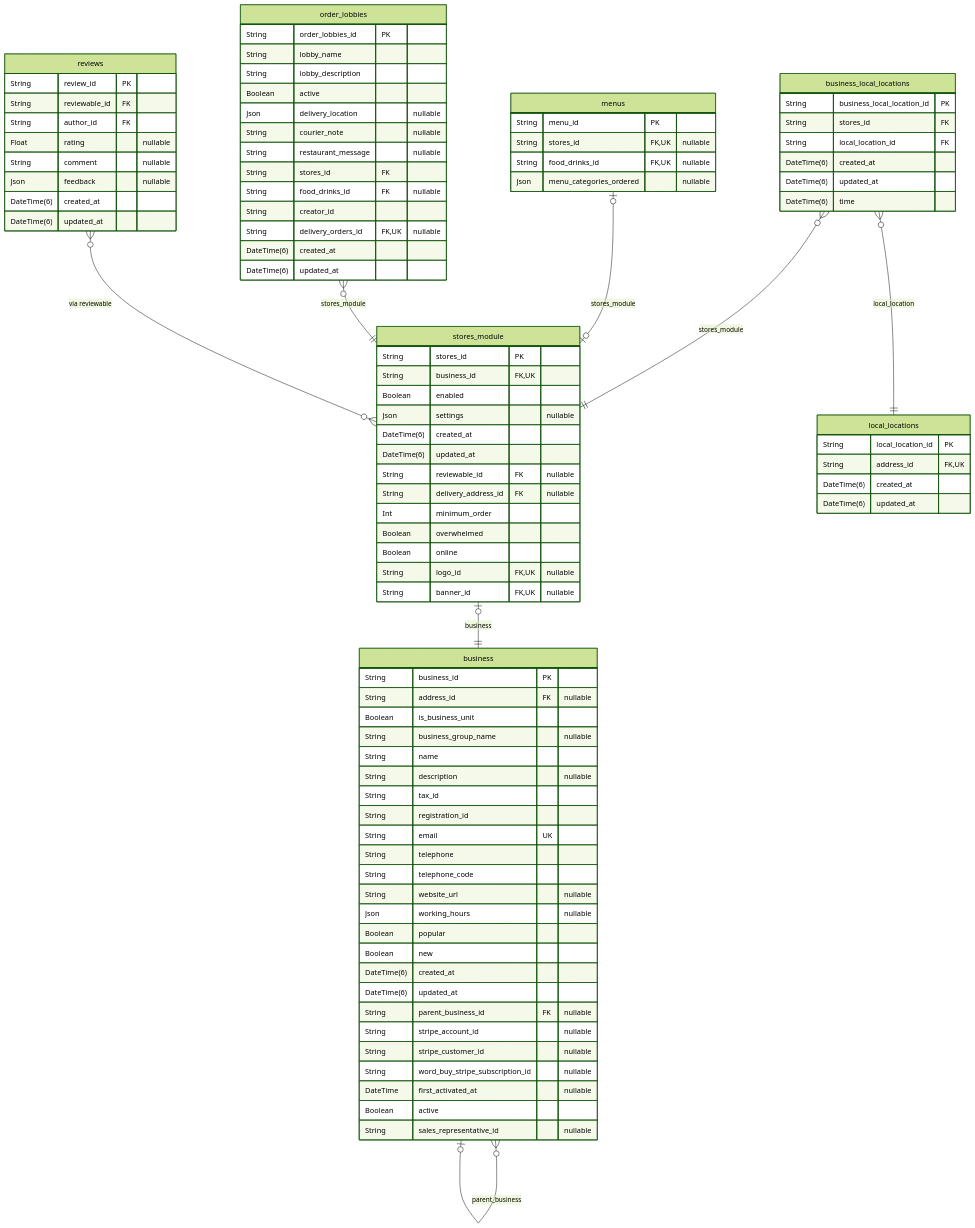
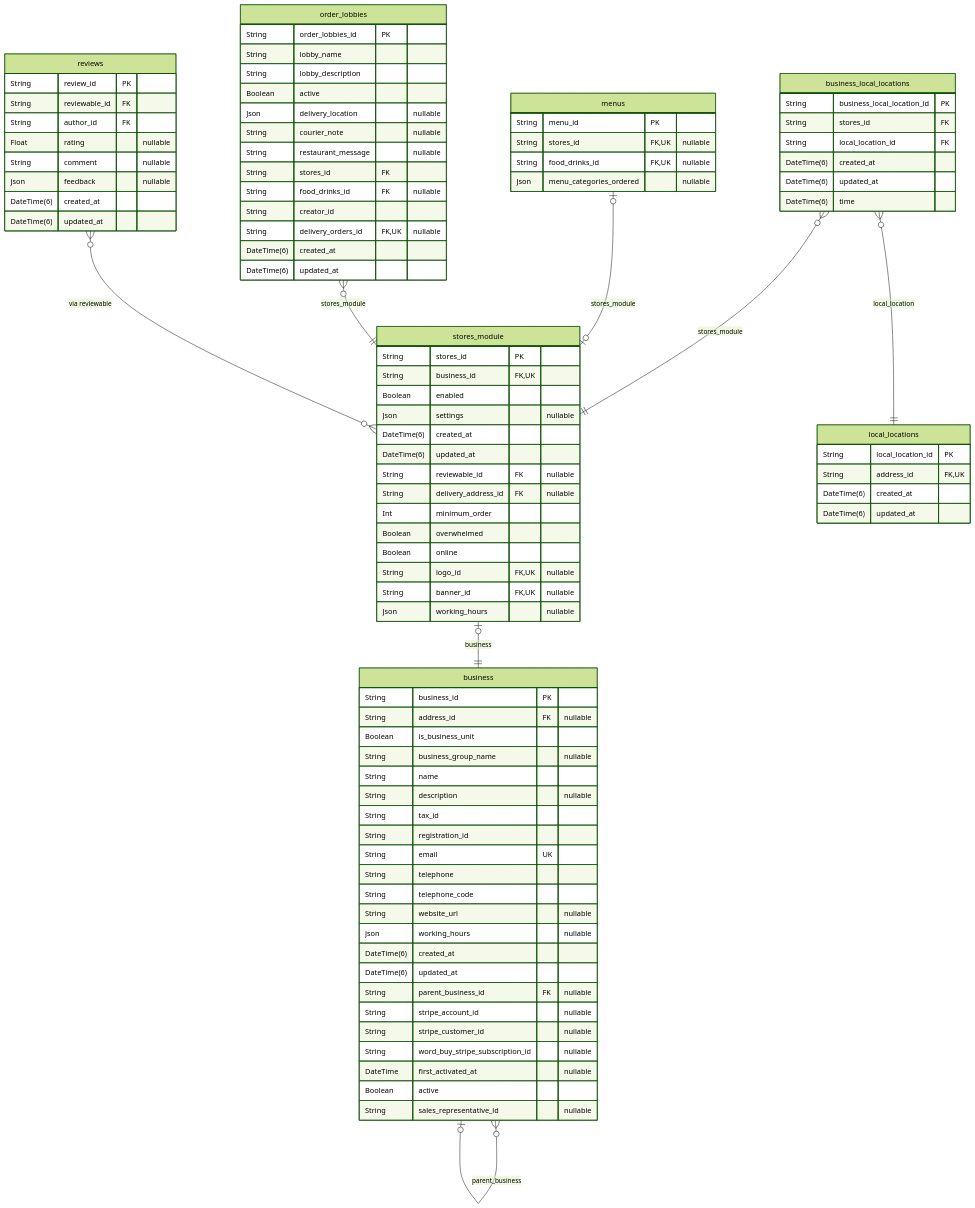
Before and after one commit to pbozic/be-analyisis: diagram 22 of 40 in prisma/schemas/ERD.md, drawn with Mermaid (forest theme). The commit also changed other lines of this file and 25 other files, not shown here.

```diff
--- a/prisma/schemas/ERD.md
+++ b/prisma/schemas/ERD.md
@@ -3735,6 +3662,7 @@
   Boolean online
   String logo_id FK,UK "nullable"
   String banner_id FK,UK "nullable"
+  Json working_hours "nullable"
 }
 "business_local_locations" {
   String business_local_location_id PK
@@ -3747,6 +3675,16 @@
 "local_locations" {
   String local_location_id PK
   String address_id FK,UK
+  DateTime(6) created_at
+  DateTime(6) updated_at
+}
+"reviews" {
+  String review_id PK
+  String reviewable_id FK
+  String author_id FK
+  Float rating "nullable"
+  String comment "nullable"
+  Json feedback "nullable"
   DateTime(6) created_at
   DateTime(6) updated_at
 }
@@ -3764,8 +3702,6 @@
   String telephone_code
   String website_url "nullable"
   Json working_hours "nullable"
-  Boolean popular
-  Boolean new
   DateTime(6) created_at
   DateTime(6) updated_at
   String parent_business_id FK "nullable"
@@ -3775,16 +3711,6 @@
   DateTime first_activated_at "nullable"
   Boolean active
   String sales_representative_id "nullable"
-}
-"reviews" {
-  String review_id PK
-  String reviewable_id FK
-  String author_id FK
-  Float rating "nullable"
-  String comment "nullable"
-  Json feedback "nullable"
-  DateTime(6) created_at
-  DateTime(6) updated_at
 }
 "menus" {
   String menu_id PK
```
